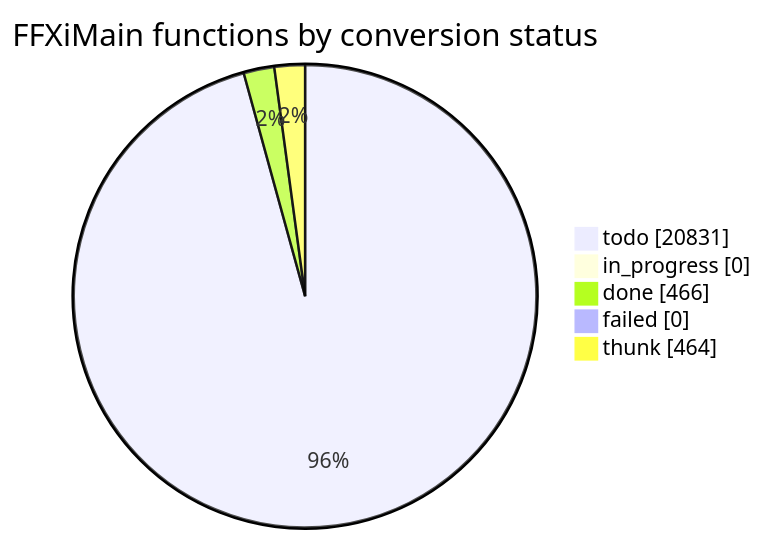
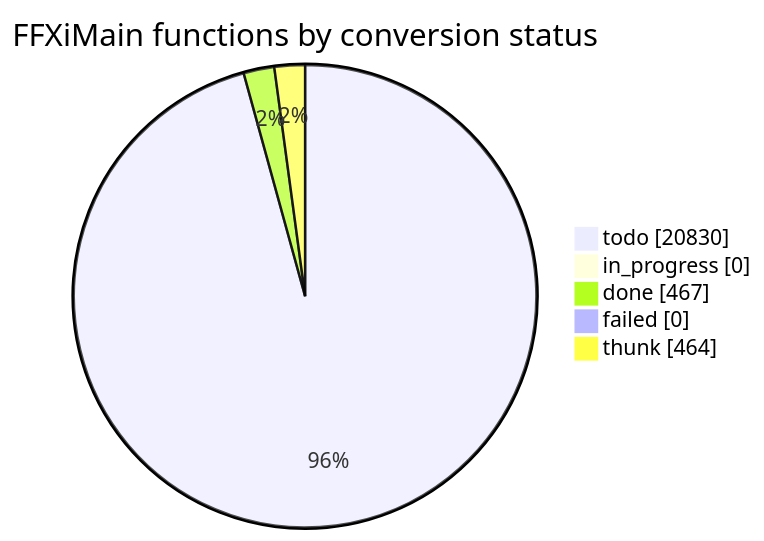
Before and after one commit to cowrevenge/cow_kuluu_xi_anything: the diagram in docs/cow/STATUS.md, drawn with Mermaid. The commit also changed other lines of this file and 9 other files, not shown here.

````diff
--- a/docs/cow/STATUS.md
+++ b/docs/cow/STATUS.md
@@ -18,9 +18,9 @@
 ```mermaid
 pie showData
     title FFXiMain functions by conversion status
-    "todo" : 20831
+    "todo" : 20830
     "in_progress" : 0
-    "done" : 466
+    "done" : 467
     "failed" : 0
     "thunk" : 464
 ```
````
